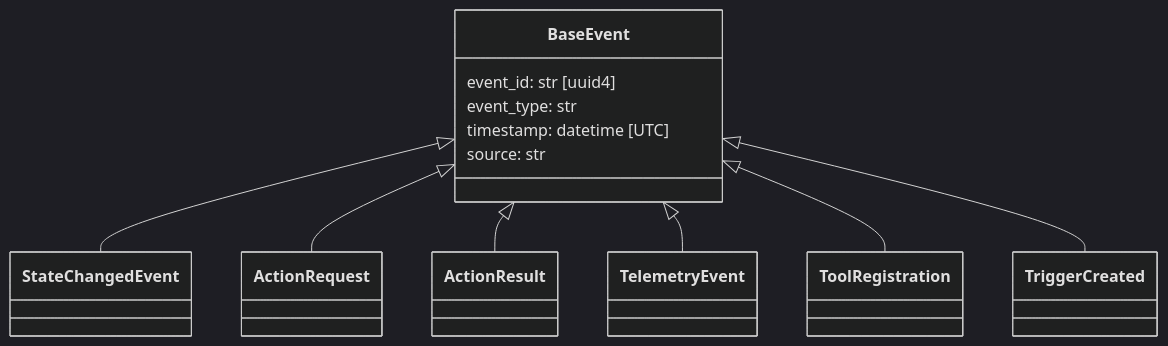
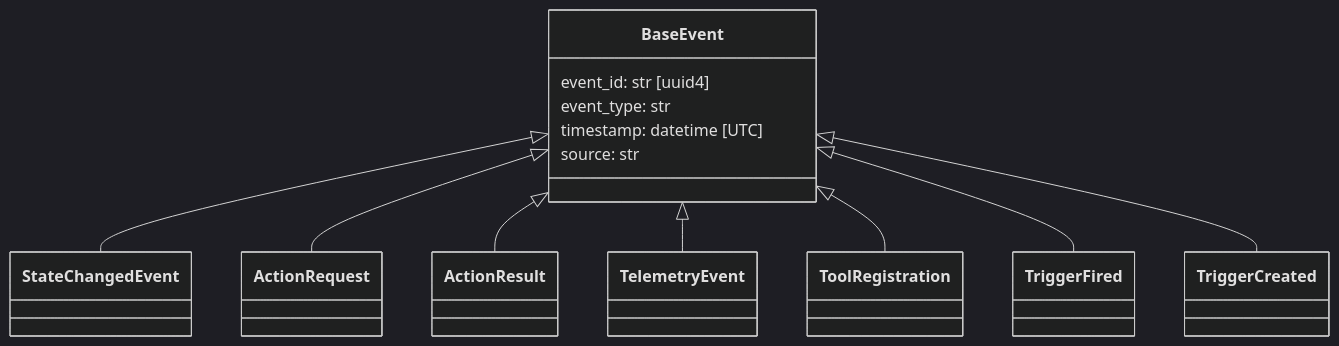
Before and after one commit to anirudhlath/alfred: the second of 4 diagrams in docs/event-bus.md, drawn with Mermaid (dark theme). The commit also changed other lines of this file and 3 other files, not shown here.

````diff
--- a/docs/event-bus.md
+++ b/docs/event-bus.md
@@ -27,16 +27,17 @@
 ```mermaid
 classDiagram
     BaseEvent <|-- StateChangedEvent
     BaseEvent <|-- ActionRequest
     BaseEvent <|-- ActionResult
     BaseEvent <|-- TelemetryEvent
     BaseEvent <|-- ToolRegistration
+    BaseEvent <|-- TriggerFired
     BaseEvent <|-- TriggerCreated
 
     class BaseEvent {
         event_id: str [uuid4]
         event_type: str
         timestamp: datetime [UTC]
         source: str
     }
 ```
````
